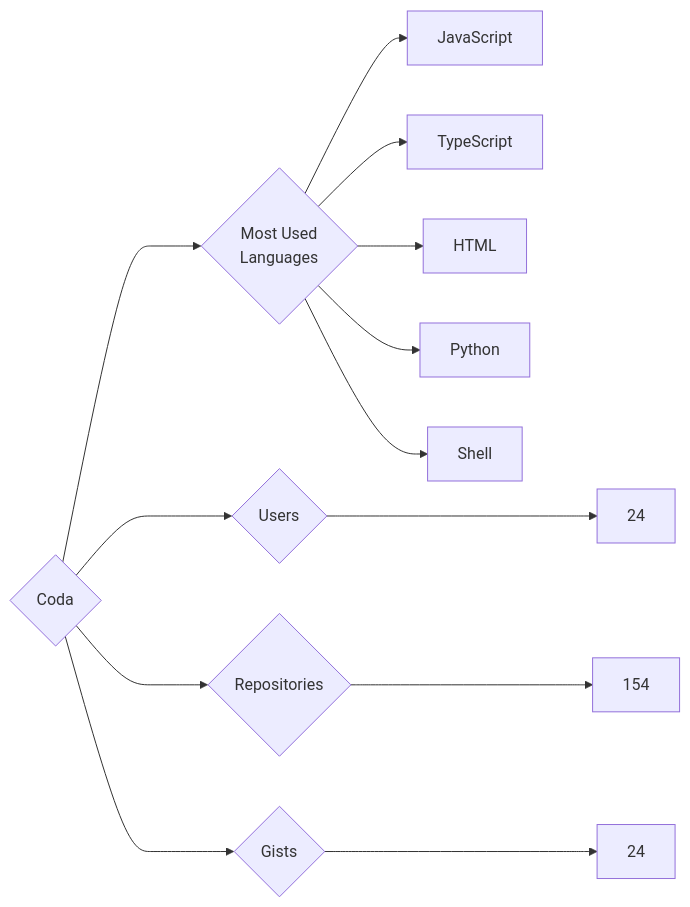
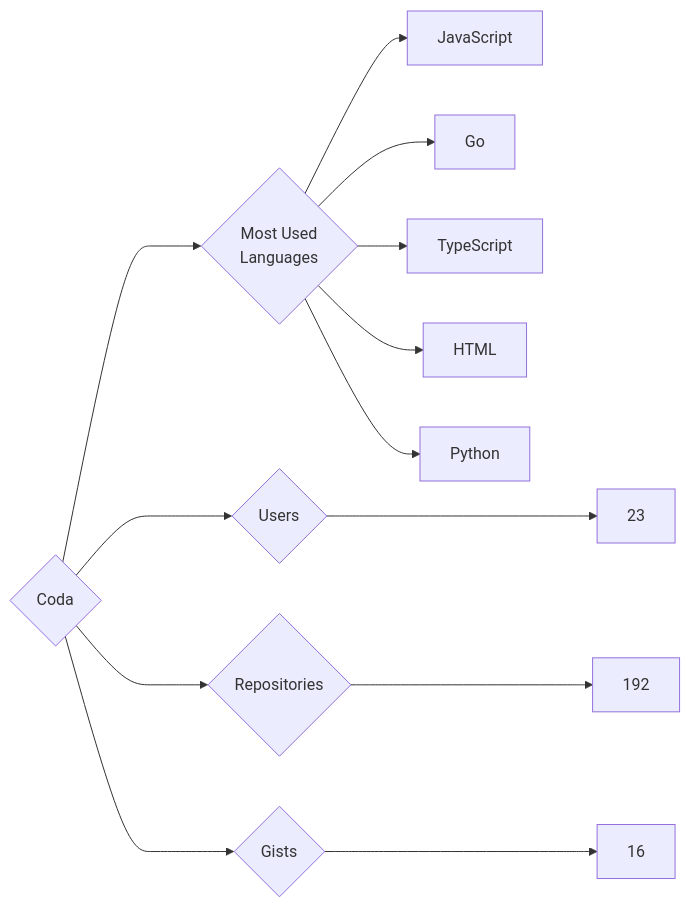
The diagram in targets/Coda/README.md (trickest/insiders), drawn with Mermaid before and after one commit. The commit also changed 873 other files, not shown here.

````diff
--- a/targets/Coda/README.md
+++ b/targets/Coda/README.md
@@ -3,13 +3,13 @@
 ```mermaid
 graph LR
 COMPANY_NAME{Coda}
-COMPANY_NAME ---> U{Users} ---> UN[24]
-COMPANY_NAME ---> R{Repositories} ---> RN[154]
-COMPANY_NAME ---> G{Gists} ---> GN[24]
+COMPANY_NAME ---> U{Users} ---> UN[23]
+COMPANY_NAME ---> R{Repositories} ---> RN[192]
+COMPANY_NAME ---> G{Gists} ---> GN[16]
 COMPANY_NAME ---> ML{Most Used<br>Languages}
 ML --> JavaScript[JavaScript]
+ML --> Go[Go]
 ML --> TypeScript[TypeScript]
 ML --> HTML[HTML]
 ML --> Python[Python]
-ML --> Shell[Shell]
 ```
````
